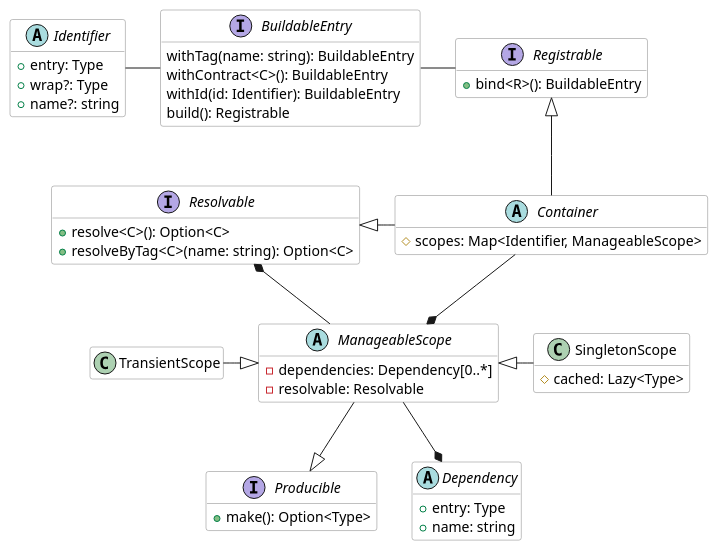
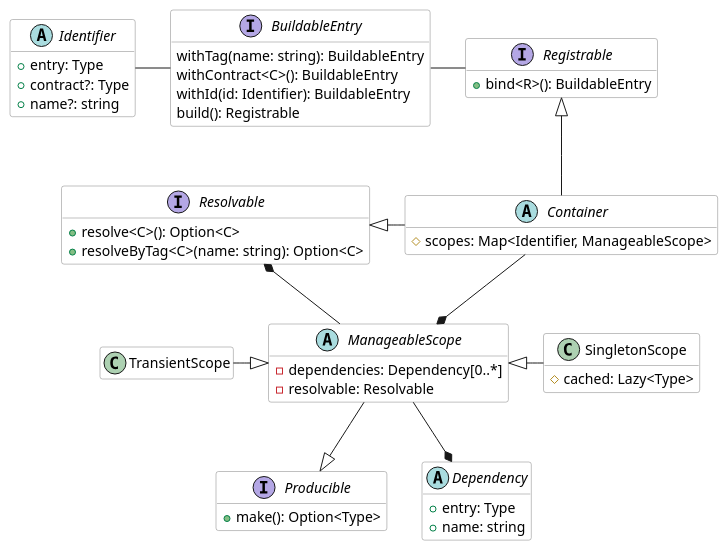
The diagram in docs/overview.puml (andrew-malikov/invoker), drawn with PlantUML before and after one commit. The commit also changed 10 other files, not shown here.

```diff
--- a/docs/overview.puml
+++ b/docs/overview.puml
@@ -1,83 +1,83 @@
 @startuml overview
 
 interface Registrable {
     +bind<R>(): BuildableEntry
 }
 
 interface BuildableEntry {
     withTag(name: string): BuildableEntry
     withContract<C>(): BuildableEntry
     withId(id: Identifier): BuildableEntry
     build(): Registrable
 }
 
 Registrable -left- BuildableEntry
 BuildableEntry -left- Identifier
 
 abstract class Identifier {
     +entry: Type
-    +wrap?: Type
+    +contract?: Type
     +name?: string 
 }
 
 hide Identifier methods
 
 interface Producible {
     +make(): Option<Type>
 }
 
 abstract class ManageableScope {
     -dependencies: Dependency[0..*]
     -resolvable: Resolvable
 }
 
 ManageableScope --|> Producible
 ManageableScope --* Resolvable
 hide ManageableScope methods
 
 class SingletonScope {
     #cached: Lazy<Type>
 }
 
 SingletonScope -left-|> ManageableScope
 hide SingletonScope methods
 
 class TransientScope
 
 TransientScope -right-|> ManageableScope
 hide TransientScope fields
 hide TransientScope methods
 
 abstract class Dependency {
     +entry: Type
     +name: string
 }
 
 ManageableScope --* Dependency
 hide Dependency methods
 
 interface Resolvable {
     +resolve<C>(): Option<C>
     +resolveByTag<C>(name: string): Option<C>
 }
 
 abstract class Container {
     #scopes: Map<Identifier, ManageableScope>
 }
 
 Container -up-|> Registrable
 Container -left-|> Resolvable
 Container --* ManageableScope
 hide Container methods
 
 hide interface fields
 
 skinparam defaultFontName Cascadia Code
 
 skinparam class {
   BackgroundColor White
   ArrowColor Black
   BorderColor Gray
 }
 
 @enduml
```
